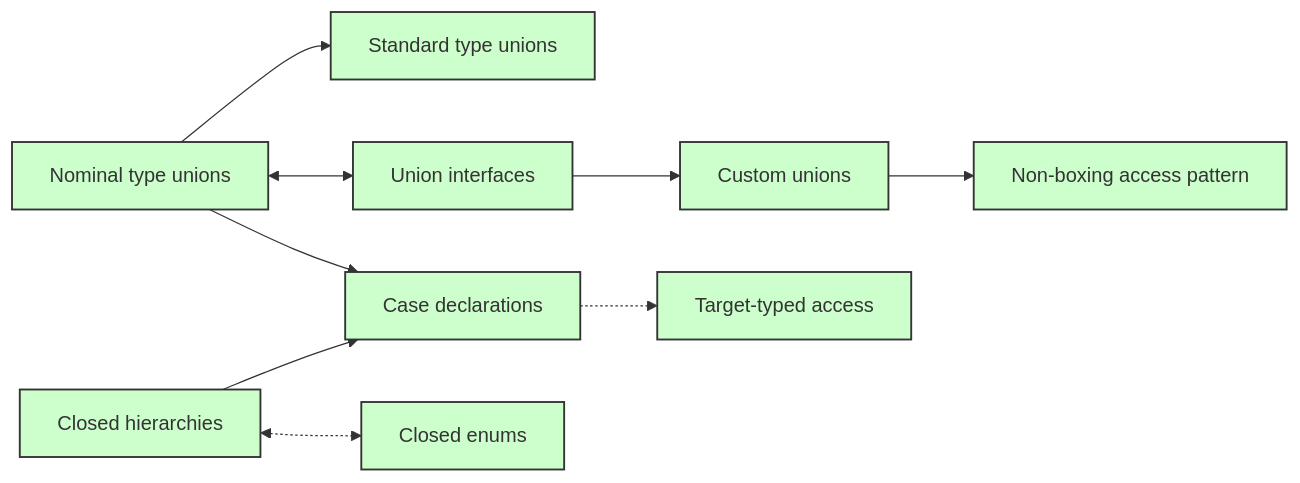
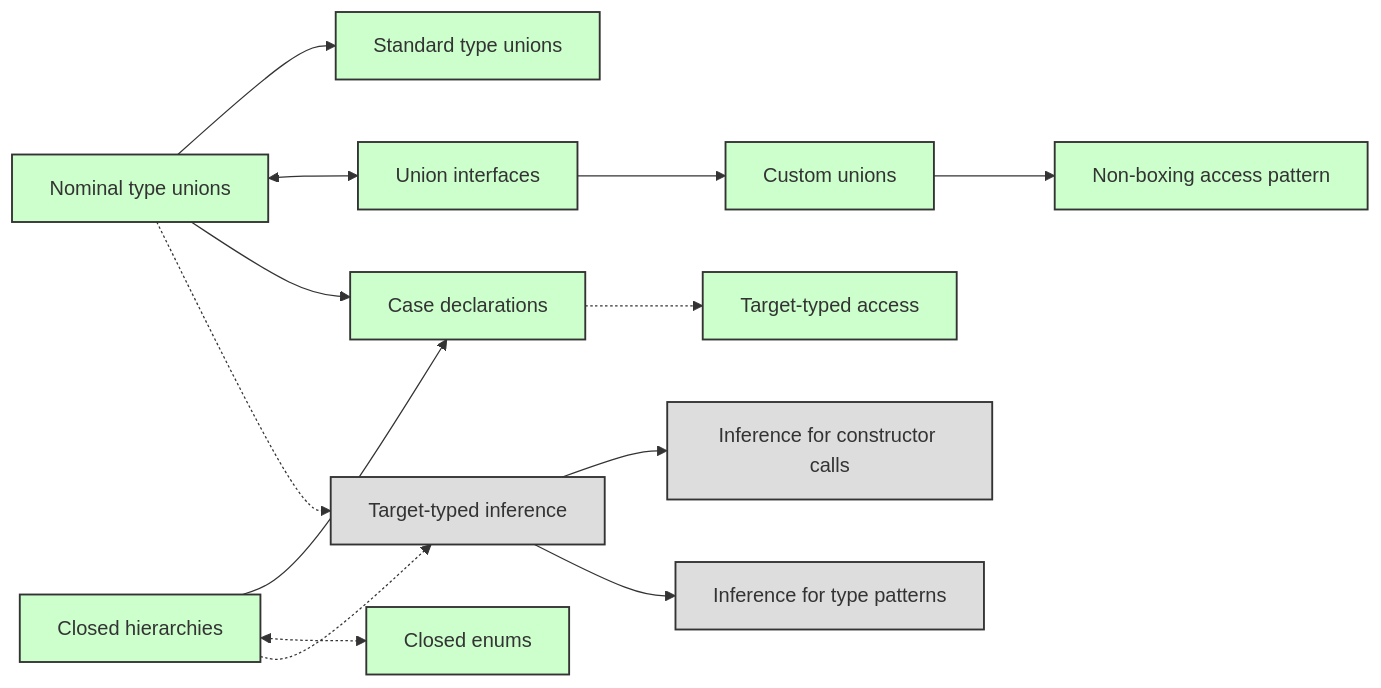
One commit to dotnet/csharplang changed the diagram in meetings/working-groups/discriminated-unions/union-proposals-overview.md. Above: the diagram before and after it, drawn with Mermaid. The commit also changed other lines of this file and 3 other files, not shown here.

Commit message:
Update type inference proposals and overview document

````diff
--- a/meetings/working-groups/discriminated-unions/union-proposals-overview.md
+++ b/meetings/working-groups/discriminated-unions/union-proposals-overview.md
@@ -14,26 +17,30 @@
 ``` mermaid
 flowchart LR
 
 %% Features
 Unions[Nominal type unions]:::approved
 Standard[Standard type unions]:::approved
 Interfaces[Union interfaces]:::approved
 Custom[Custom unions]:::approved
 NonBoxingAccess[Non-boxing access pattern]:::approved
 Enums[Closed enums]:::approved
 Hierarchies[Closed hierarchies]:::approved
 Cases[Case declarations]:::approved
-Target[Target-typed access]:::approved
+TargetAccess[Target-typed access]:::approved
+TargetInfer[Target-typed inference]:::unapproved
+InferNew[Inference for constructor calls]:::unapproved
+InferPattern[Inference for type patterns]:::unapproved
 
 %% Dependencies
 Unions --> Standard
 Unions <--> Interfaces --> Custom --> NonBoxingAccess
-Unions & Hierarchies --> Cases -.-> Target
+Unions & Hierarchies --> Cases -.-> TargetAccess
 Hierarchies <-.-> Enums
+Unions & Hierarchies -.-> TargetInfer --> InferNew & InferPattern
 
 %% Colors
 classDef approved fill:#cfc,stroke:#333,stroke-width:1.5px;
 classDef consideration fill:#ffd,stroke:#333,stroke-width:1.5px;
 classDef unapproved fill:#ddd,stroke:#333,stroke-width:1.5px;
 classDef rejected fill:#fdd,stroke:#333,stroke-width:1.5px;
 ```
````
